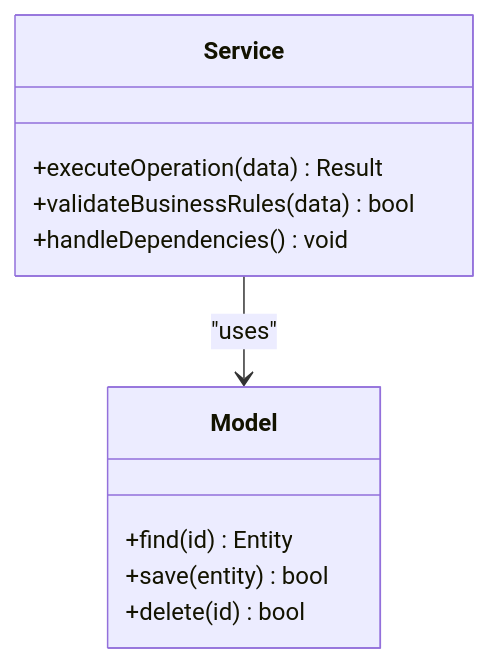
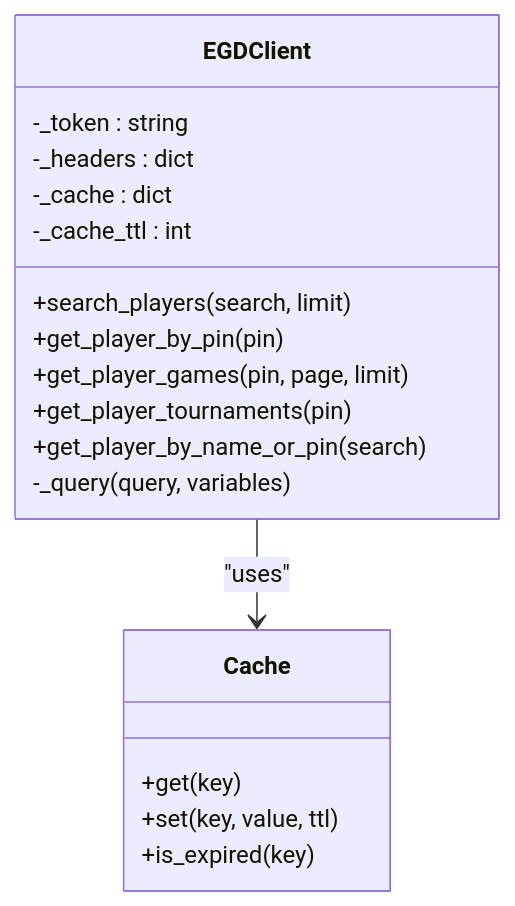
Before and after one commit to Ragnar1999/GoNow: the sixth of 8 diagrams in .qoder/repowiki/en/content/Architecture Guide/Architecture Guide.md, drawn with Mermaid. The commit also changed other lines of this file and 6 other files, not shown here.

````diff
--- a/.qoder/repowiki/en/content/Architecture Guide/Architecture Guide.md
+++ b/.qoder/repowiki/en/content/Architecture Guide/Architecture Guide.md
@@ -141,14 +290,21 @@
 ```mermaid
 classDiagram
-class Service {
-+executeOperation(data) Result
-+validateBusinessRules(data) bool
-+handleDependencies() void
+class EGDClient {
+-_token : string
+-_headers : dict
+-_cache : dict
+-_cache_ttl : int
++search_players(search, limit)
++get_player_by_pin(pin)
++get_player_games(pin, page, limit)
++get_player_tournaments(pin)
++get_player_by_name_or_pin(search)
+-_query(query, variables)
 }
-class Model {
-+find(id) Entity
-+save(entity) bool
-+delete(id) bool
+class Cache {
++get(key)
++set(key, value, ttl)
++is_expired(key)
 }
-Service --> Model : "uses"
+EGDClient --> Cache : "uses"
 ```
````
